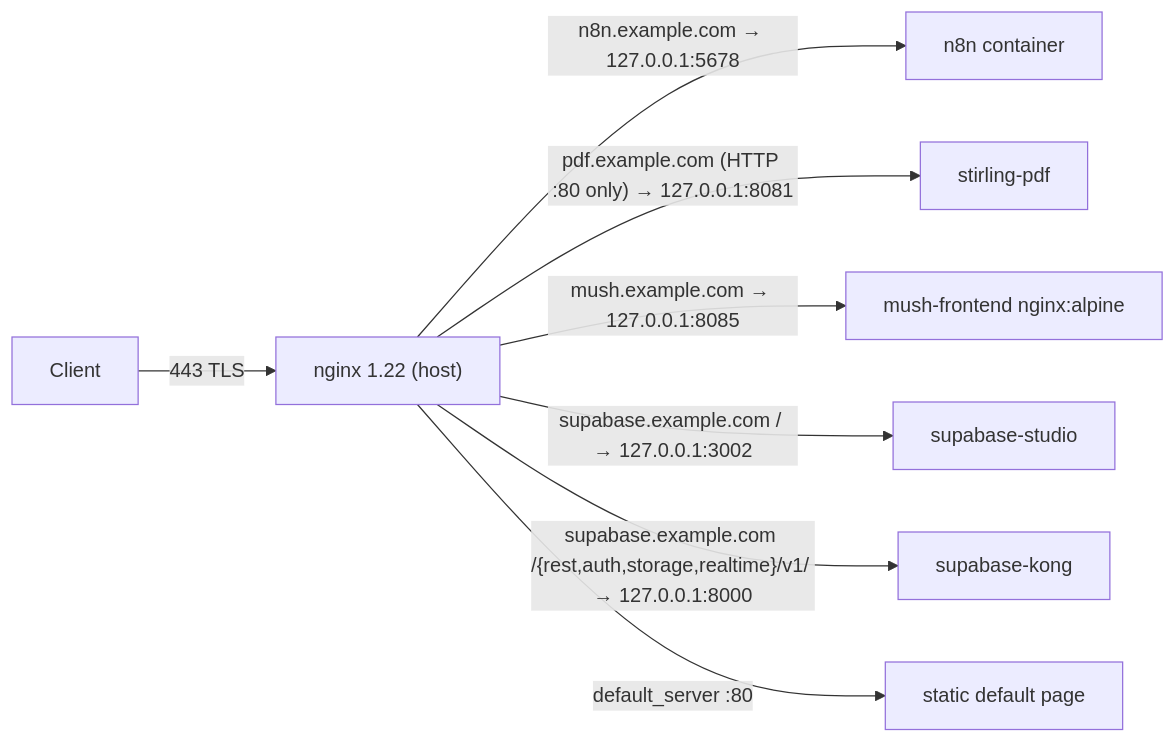
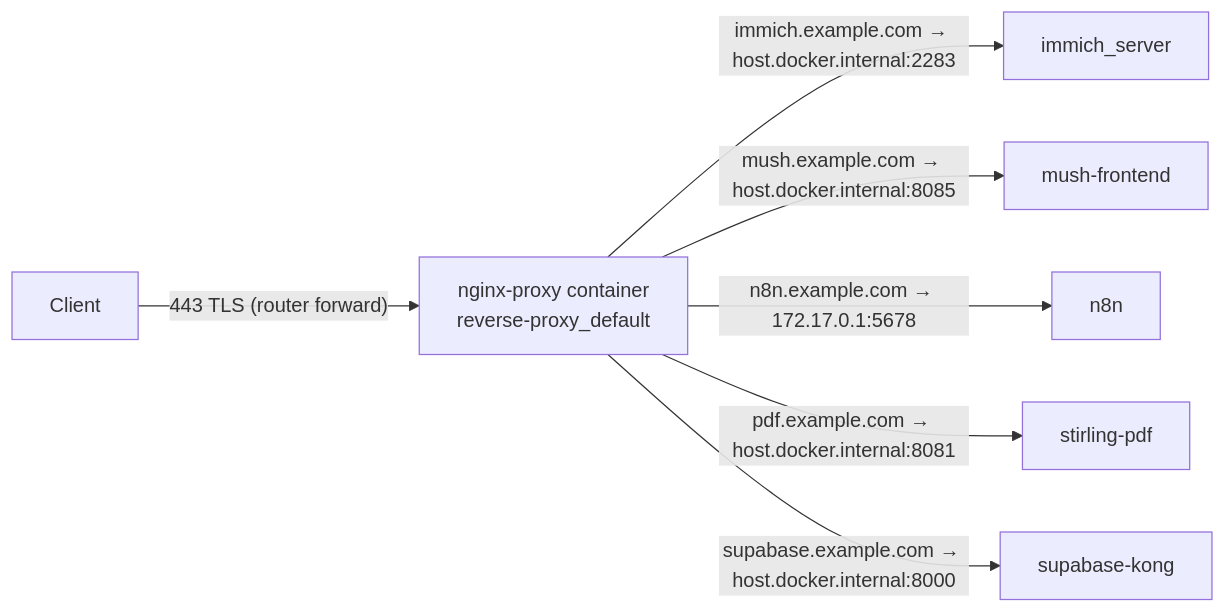
One commit to BigBoiToasty/homelab-docs changed the first of 3 diagrams in architecture/networking-and-security.md. Above: the diagram before and after it, drawn with Mermaid. The commit also changed other lines of this file and 4 other files, not shown here.

First line of the commit message:
docs: refresh architecture docs from 2026-09-25 audit

````diff
--- a/architecture/networking-and-security.md
+++ b/architecture/networking-and-security.md
@@ -20,10 +21,9 @@
 ```mermaid
 flowchart LR
-    C["Client"] -->|443 TLS| N["nginx 1.22 (host)"]
-    N -->|"n8n.example.com → 127.0.0.1:5678"| N8N["n8n container"]
-    N -->|"pdf.example.com (HTTP :80 only) → 127.0.0.1:8081"| PDF["stirling-pdf"]
-    N -->|"mush.example.com → 127.0.0.1:8085"| MUSH["mush-frontend nginx:alpine"]
-    N -->|"supabase.example.com / → 127.0.0.1:3002"| STUDIO["supabase-studio"]
-    N -->|"supabase.example.com /{rest,auth,storage,realtime}/v1/ → 127.0.0.1:8000"| KONG["supabase-kong"]
-    N -->|"default_server :80"| DEF["static default page"]
+    C["Client"] -->|"443 TLS (router forward)"| N["nginx-proxy container<br/>reverse-proxy_default"]
+    N -->|"immich.example.com → host.docker.internal:2283"| IMM["immich_server"]
+    N -->|"mush.example.com → host.docker.internal:8085"| MUSH["mush-frontend"]
+    N -->|"n8n.example.com → 172.17.0.1:5678"| N8N["n8n"]
+    N -->|"pdf.example.com → host.docker.internal:8081"| PDF["stirling-pdf"]
+    N -->|"supabase.example.com → host.docker.internal:8000"| KONG["supabase-kong"]
 ```
````
